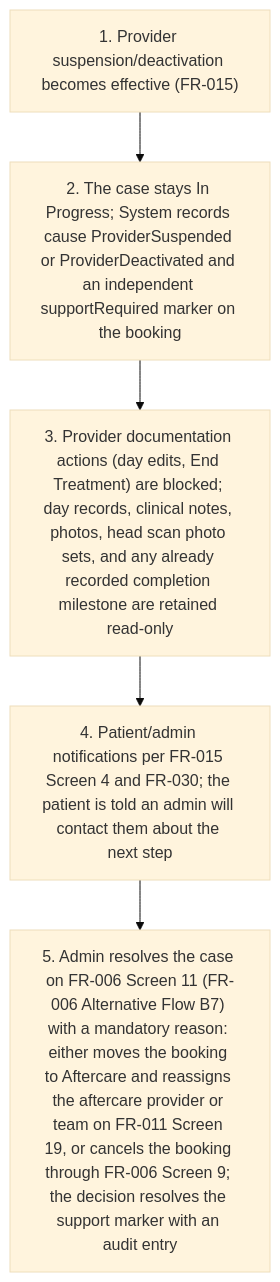
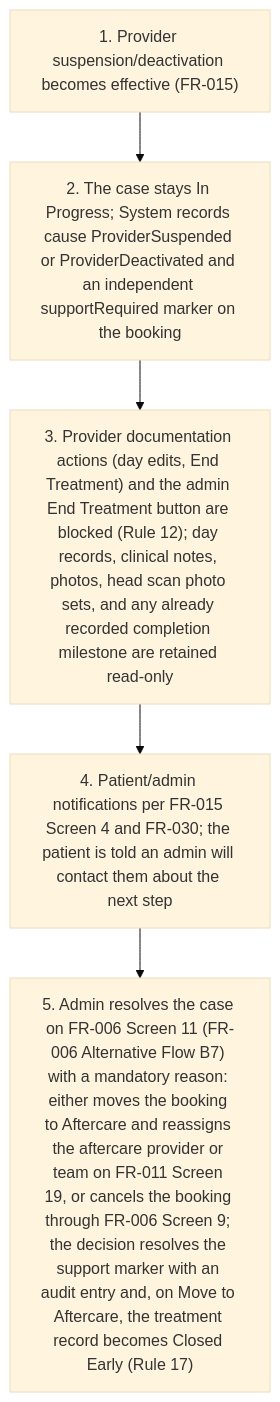
One commit to joachimtrungtuan/hairline-pm-docs changed the ninth of 10 diagrams in project-requirements/functional-requirements/fr010-treatment-execution/prd.md. Above: the diagram before and after it, drawn with Mermaid (base theme). The commit also changed other lines of this file and 5 other files, not shown here.

````diff
--- a/project-requirements/functional-requirements/fr010-treatment-execution/prd.md
+++ b/project-requirements/functional-requirements/fr010-treatment-execution/prd.md
@@ -226,8 +240,8 @@
 ```mermaid
 flowchart TD
   B5S1["1. Provider suspension/deactivation becomes effective (FR-015)"] --> B5S2
   B5S2["2. The case stays In Progress; System records cause ProviderSuspended or ProviderDeactivated and an independent supportRequired marker on the booking"] --> B5S3
-  B5S3["3. Provider documentation actions (day edits, End Treatment) are blocked; day records, clinical notes, photos, head scan photo sets, and any already recorded completion milestone are retained read-only"] --> B5S4
+  B5S3["3. Provider documentation actions (day edits, End Treatment) and the admin End Treatment button are blocked (Rule 12); day records, clinical notes, photos, head scan photo sets, and any already recorded completion milestone are retained read-only"] --> B5S4
   B5S4["4. Patient/admin notifications per FR-015 Screen 4 and FR-030; the patient is told an admin will contact them about the next step"] --> B5S5
-  B5S5["5. Admin resolves the case on FR-006 Screen 11 (FR-006 Alternative Flow B7) with a mandatory reason: either moves the booking to Aftercare and reassigns the aftercare provider or team on FR-011 Screen 19, or cancels the booking through FR-006 Screen 9; the decision resolves the support marker with an audit entry"]
+  B5S5["5. Admin resolves the case on FR-006 Screen 11 (FR-006 Alternative Flow B7) with a mandatory reason: either moves the booking to Aftercare and reassigns the aftercare provider or team on FR-011 Screen 19, or cancels the booking through FR-006 Screen 9; the decision resolves the support marker with an audit entry and, on Move to Aftercare, the treatment record becomes Closed Early (Rule 17)"]
 ```
````
